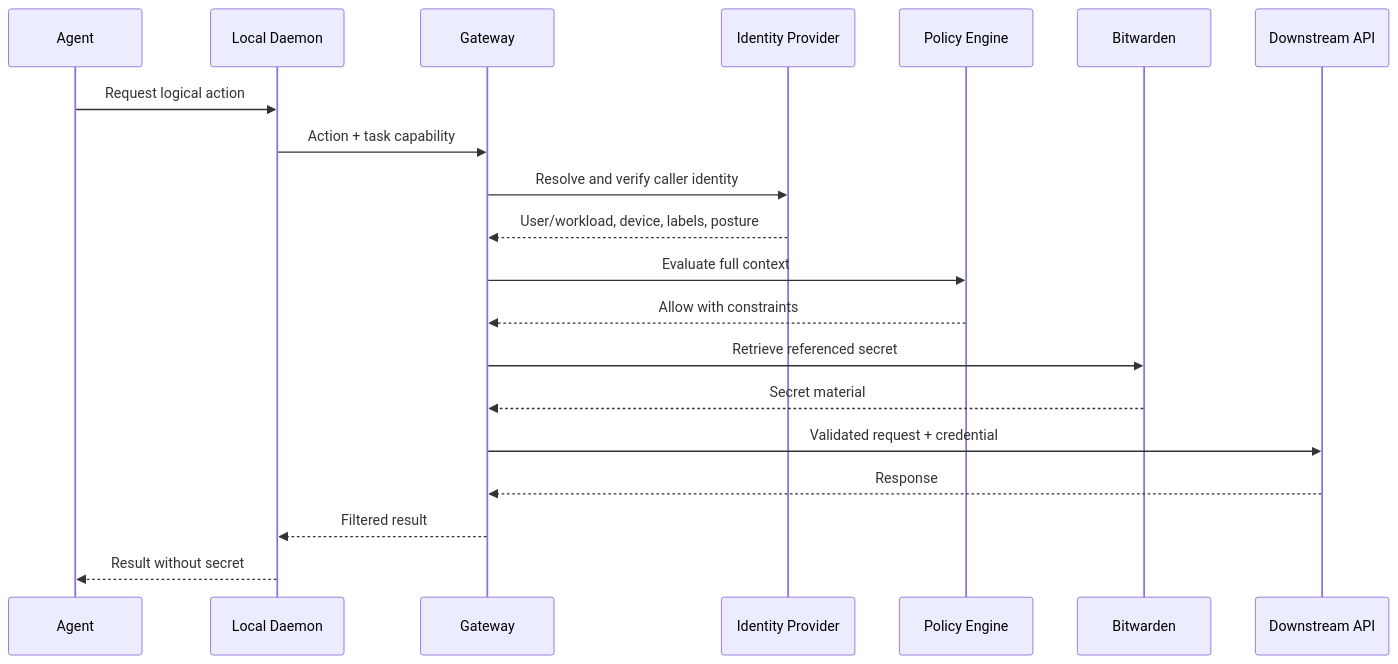
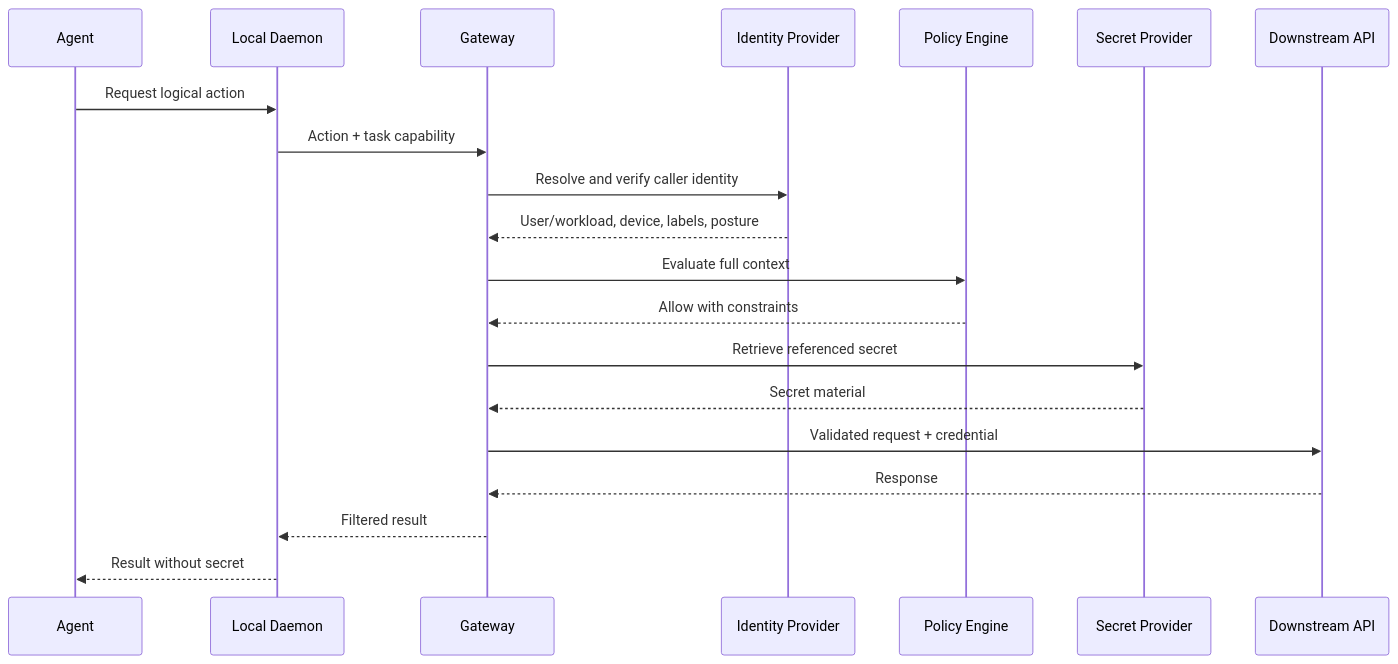
The second of 2 diagrams in docs/design.md (carloscn/agent-credential-firewall), drawn with Mermaid before and after one commit. The commit also changed other lines of this file and 7 other files, not shown here.

Commit message:
docs: make secret storage provider-neutral

````diff
--- a/docs/design.md
+++ b/docs/design.md
@@ -664,23 +668,23 @@
 ```mermaid
 sequenceDiagram
     participant A as Agent
     participant D as Local Daemon
     participant G as Gateway
     participant I as Identity Provider
     participant P as Policy Engine
-    participant B as Bitwarden
+    participant SP as Secret Provider
     participant X as Downstream API
 
     A->>D: Request logical action
     D->>G: Action + task capability
     G->>I: Resolve and verify caller identity
     I-->>G: User/workload, device, labels, posture
     G->>P: Evaluate full context
     P-->>G: Allow with constraints
-    G->>B: Retrieve referenced secret
-    B-->>G: Secret material
+    G->>SP: Retrieve referenced secret
+    SP-->>G: Secret material
     G->>X: Validated request + credential
     X-->>G: Response
     G-->>D: Filtered result
     D-->>A: Result without secret
 ```
````
